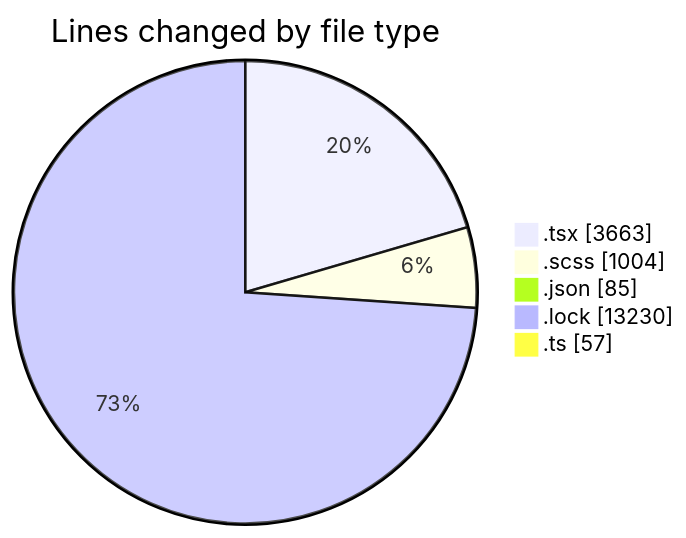
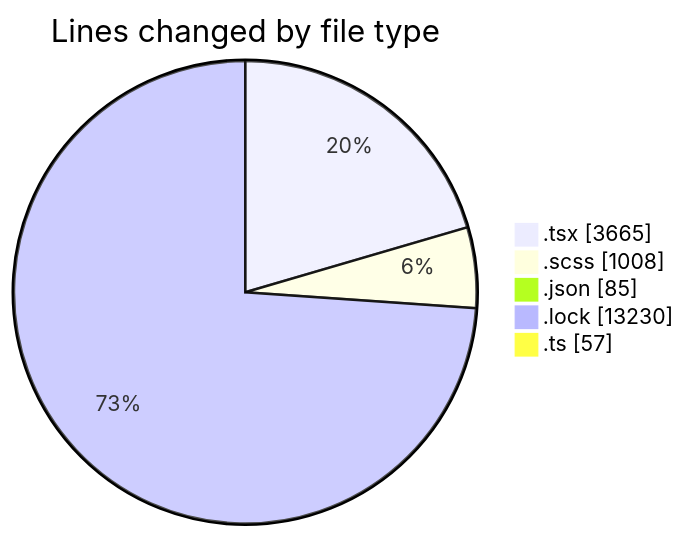
One commit to momahboobian/code-tracking changed the first of 2 diagrams in 2025-10-03/cda/README.md. Above: the diagram before and after it, drawn with Mermaid. The commit also changed other lines of this file and 1 other file, not shown here.

````diff
--- a/2025-10-03/cda/README.md
+++ b/2025-10-03/cda/README.md
@@ -30,9 +30,9 @@
 ```mermaid
 pie showData
 title Lines changed by file type
-".tsx" : 3663
-".scss" : 1004
+".tsx" : 3665
+".scss" : 1008
 ".json" : 85
 ".lock" : 13230
 ".ts" : 57
 ```
````
